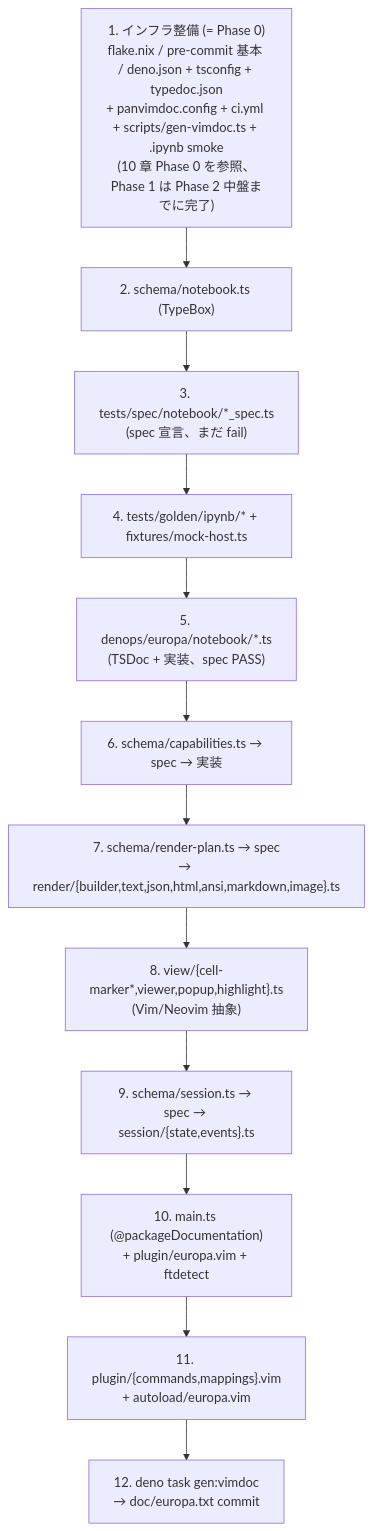
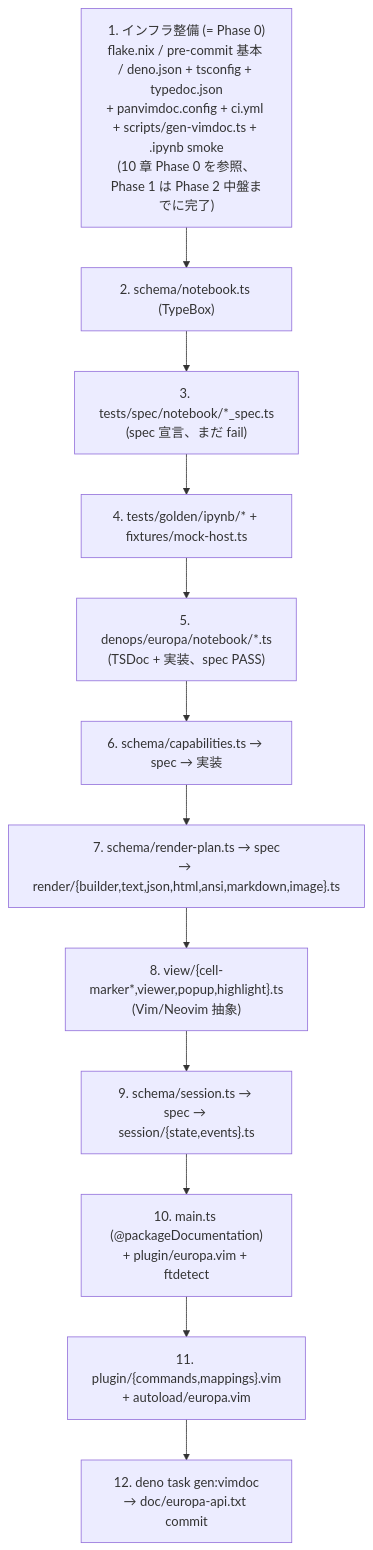
The fourth of 13 diagrams in DESIGN.ja.md (peacock0803sz/Europa.vim), drawn with Mermaid before and after one commit. The commit also changed other lines of this file and 6 other files, not shown here.

````diff
--- a/DESIGN.ja.md
+++ b/DESIGN.ja.md
@@ -459,16 +459,16 @@
 ```mermaid
 graph TD
   S1["1. インフラ整備 (= Phase 0)<br/>flake.nix / pre-commit 基本 / deno.json + tsconfig + typedoc.json<br/>+ panvimdoc.config + ci.yml + scripts/gen-vimdoc.ts + .ipynb smoke<br/>(10 章 Phase 0 を参照、Phase 1 は Phase 2 中盤までに完了)"]
   S2["2. schema/notebook.ts (TypeBox)"]
   S3["3. tests/spec/notebook/*_spec.ts<br/>(spec 宣言、まだ fail)"]
   S4["4. tests/golden/ipynb/* + fixtures/mock-host.ts"]
   S5["5. denops/europa/notebook/*.ts<br/>(TSDoc + 実装、spec PASS)"]
   S6["6. schema/capabilities.ts → spec → 実装"]
   S7["7. schema/render-plan.ts → spec<br/>→ render/{builder,text,json,html,ansi,markdown,image}.ts"]
   S8["8. view/{cell-marker*,viewer,popup,highlight}.ts<br/>(Vim/Neovim 抽象)"]
   S9["9. schema/session.ts → spec → session/{state,events}.ts"]
   S10["10. main.ts (@packageDocumentation)<br/>+ plugin/europa.vim + ftdetect"]
   S11["11. plugin/{commands,mappings}.vim<br/>+ autoload/europa.vim"]
-  S12["12. deno task gen:vimdoc<br/>→ doc/europa.txt commit"]
+  S12["12. deno task gen:vimdoc<br/>→ doc/europa-api.txt commit"]
   S1 --> S2 --> S3 --> S4 --> S5 --> S6 --> S7 --> S8 --> S9 --> S10 --> S11 --> S12
 ```
````
